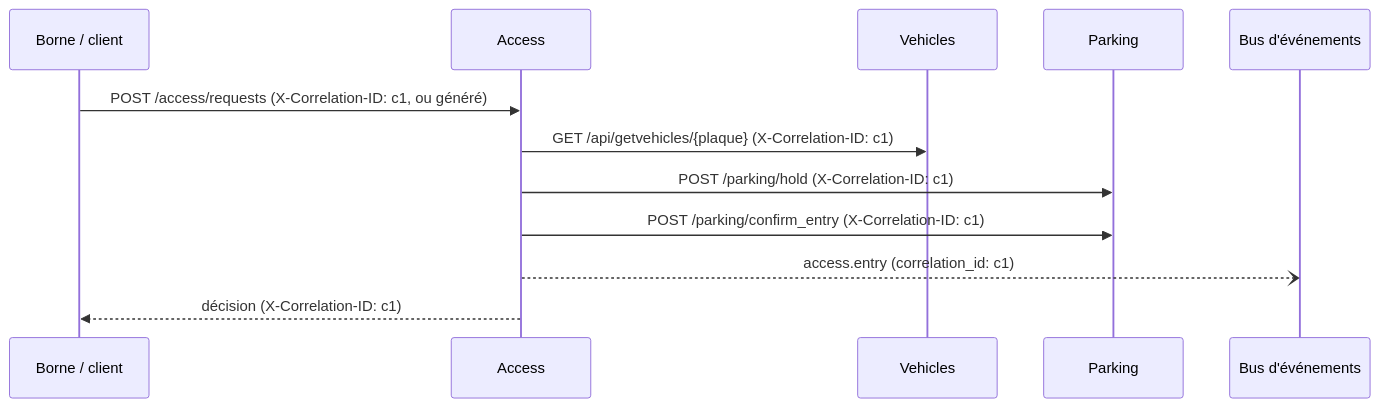
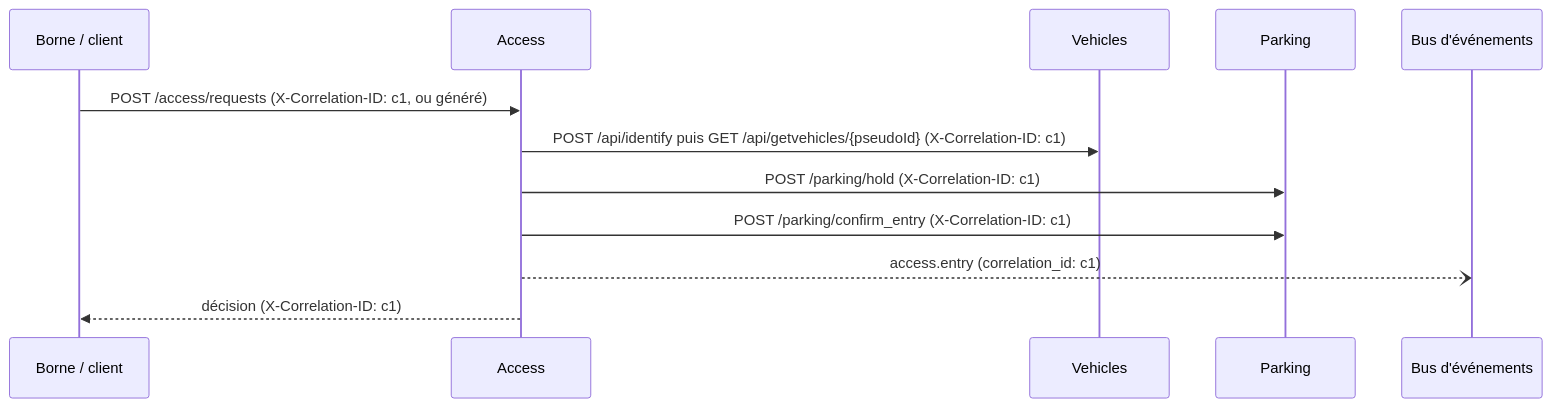
The diagram in docs/REVUE.md (DenisDMU/access-parking), drawn with Mermaid before and after one commit. The commit also changed other lines of this file and 9 other files, not shown here.

````diff
--- a/docs/REVUE.md
+++ b/docs/REVUE.md
@@ -139,14 +139,14 @@
 ```mermaid
 sequenceDiagram
     participant B as Borne / client
     participant A as Access
     participant Ve as Vehicles
     participant P as Parking
     participant Bus as Bus d'événements
     B->>A: POST /access/requests (X-Correlation-ID: c1, ou généré)
-    A->>Ve: GET /api/getvehicles/{plaque} (X-Correlation-ID: c1)
+    A->>Ve: POST /api/identify puis GET /api/getvehicles/{pseudoId} (X-Correlation-ID: c1)
     A->>P: POST /parking/hold (X-Correlation-ID: c1)
     A->>P: POST /parking/confirm_entry (X-Correlation-ID: c1)
     A--)Bus: access.entry (correlation_id: c1)
     A-->>B: décision (X-Correlation-ID: c1)
 ```
````
